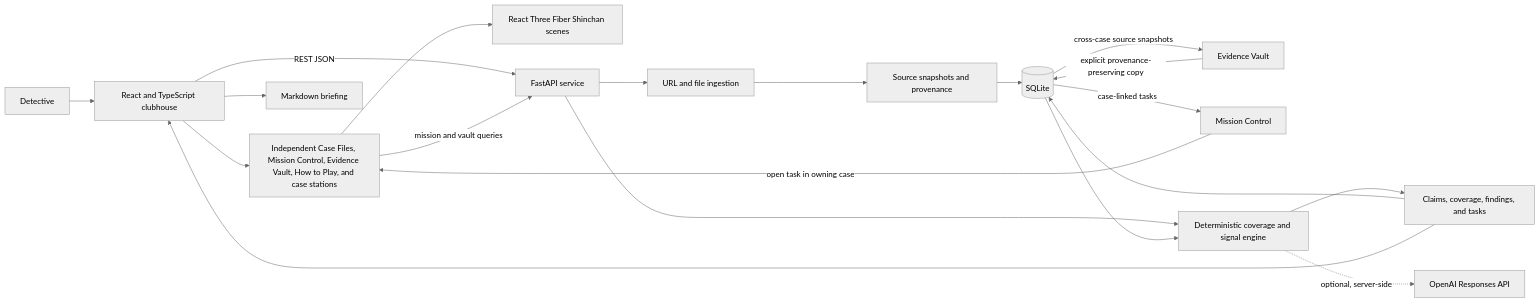
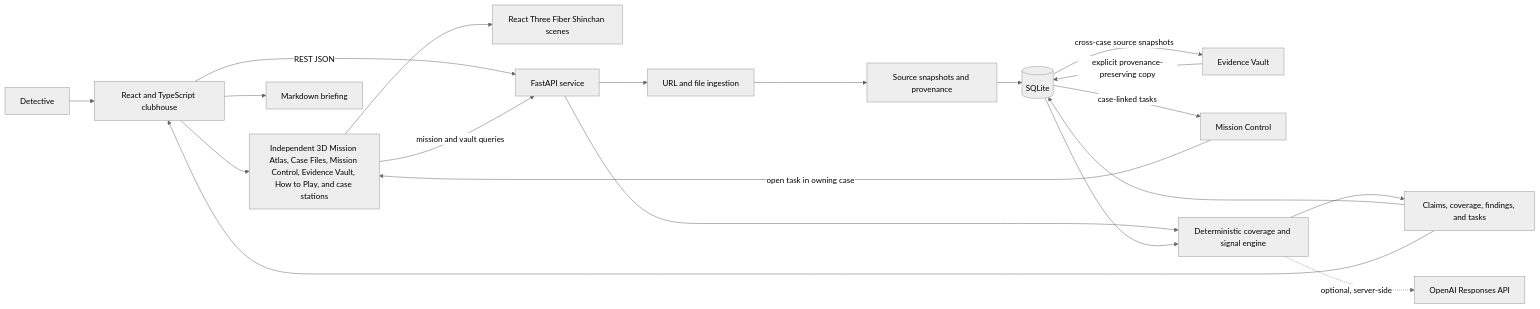
The first of 3 diagrams in README.md (Sagar44-Github/Shinchan-s-Clue-Club-Digital-Dark-Spot-Detective), drawn with Mermaid (neutral theme) before and after one commit. The commit also changed other lines of this file and 4 other files, not shown here.

Commit message:
Add interactive 3D Kasukabe mission atlas

````diff
--- a/README.md
+++ b/README.md
@@ -132,22 +133,22 @@
 ```mermaid
 flowchart LR
   D[Detective] --> UI[React and TypeScript clubhouse]
-  UI --> ROUTES[Independent Case Files, Mission Control, Evidence Vault, How to Play, and case stations]
+  UI --> ROUTES[Independent 3D Mission Atlas, Case Files, Mission Control, Evidence Vault, How to Play, and case stations]
   ROUTES --> SCENE[React Three Fiber Shinchan scenes]
   UI -->|REST JSON| API[FastAPI service]
   ROUTES -->|mission and vault queries| API
   API --> INTAKE[URL and file ingestion]
   INTAKE --> SNAP[Source snapshots and provenance]
   SNAP --> DB[(SQLite)]
   DB -->|cross-case source snapshots| VAULT[Evidence Vault]
   DB -->|case-linked tasks| MISSIONS[Mission Control]
   VAULT -->|explicit provenance-preserving copy| DB
   MISSIONS -->|open task in owning case| ROUTES
   API --> ENGINE[Deterministic coverage and signal engine]
   DB --> ENGINE
   ENGINE --> RESULT[Claims, coverage, findings, and tasks]
   RESULT --> DB
   ENGINE -. optional, server-side .-> AI[OpenAI Responses API]
   RESULT --> UI
   UI --> EXPORT[Markdown briefing]
 ```
````
